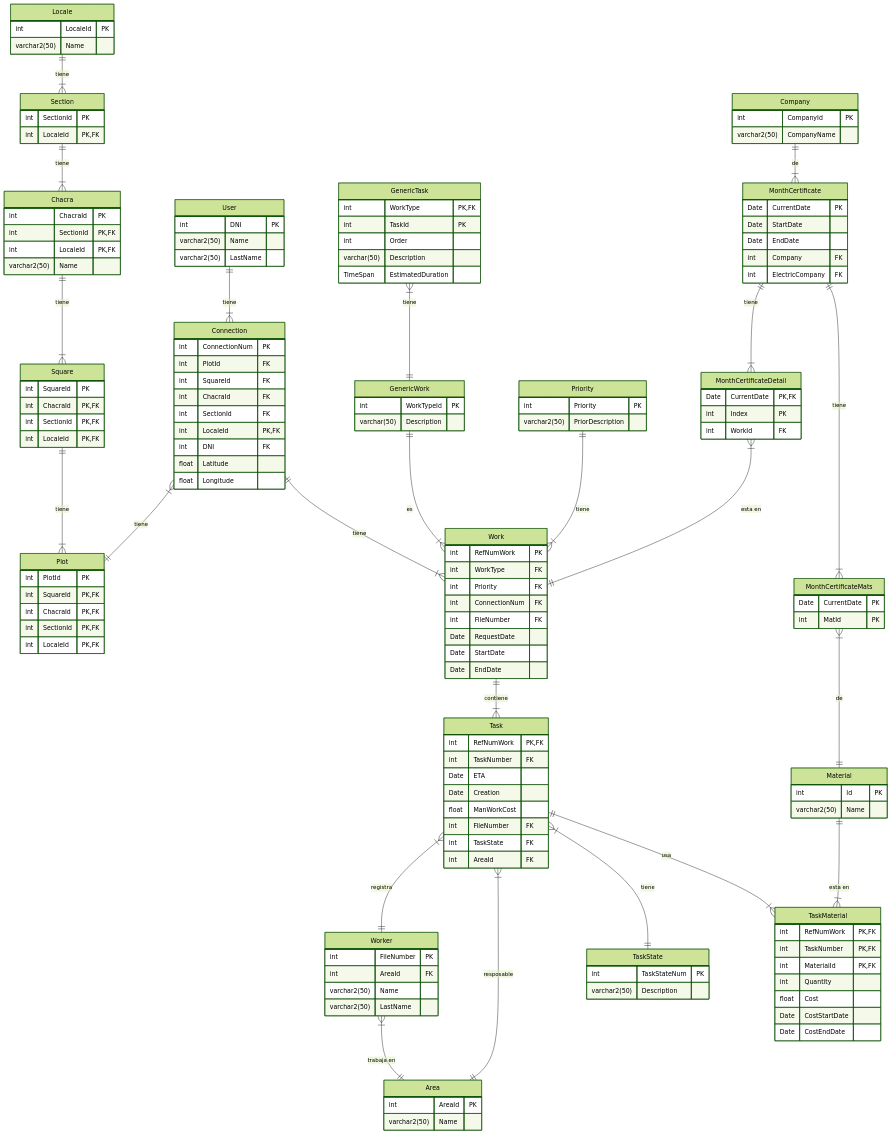
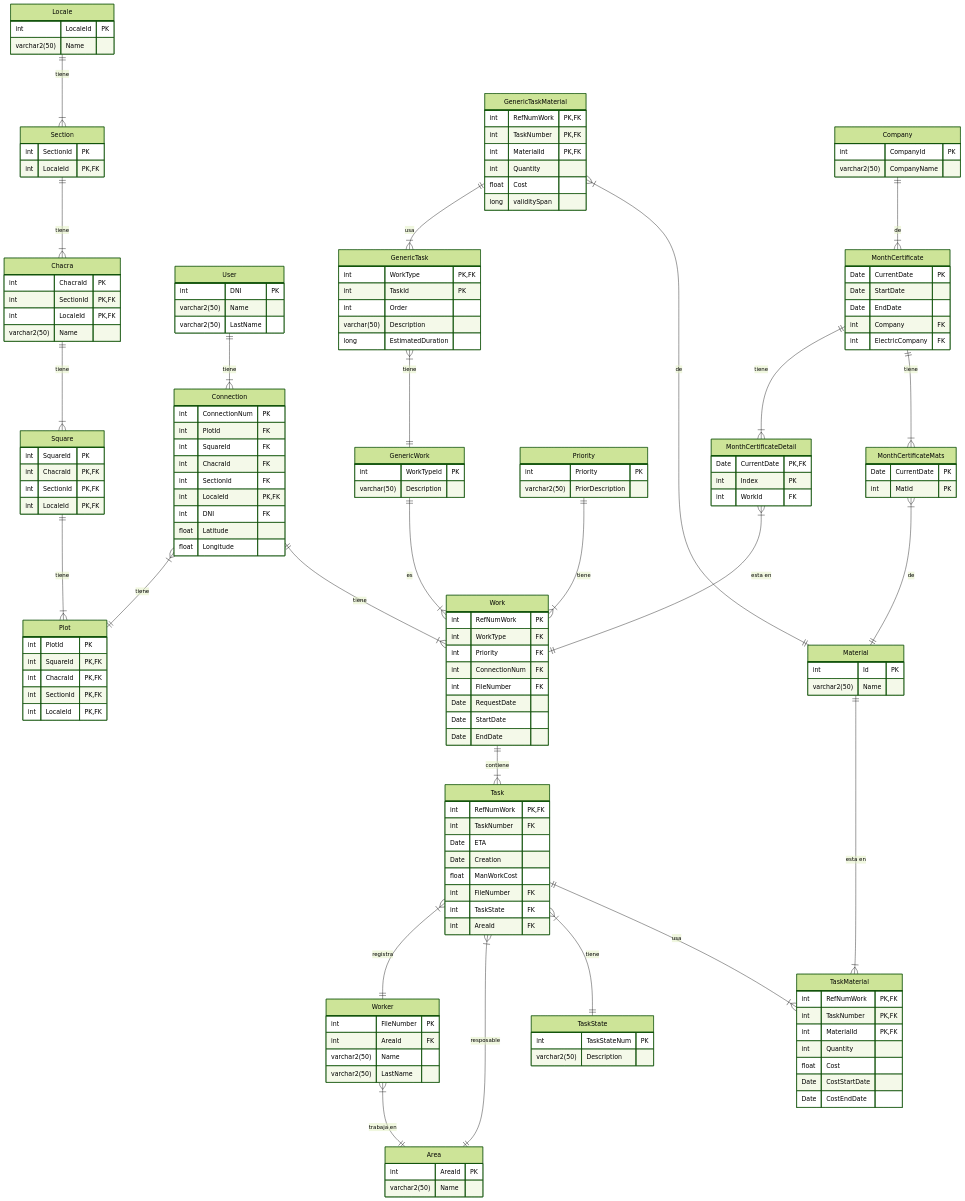
The diagram in docs/DER.md (Oscar-Wohlfarhrt/TBD-2024-TPI), drawn with Mermaid (forest theme) before and after one commit.

````diff
--- a/docs/DER.md
+++ b/docs/DER.md
@@ -67,7 +67,15 @@
 		int TaskId PK
 		int Order
 		varchar(50) Description
-		TimeSpan EstimatedDuration
+		long EstimatedDuration
+	}
+    GenericTaskMaterial{
+        int RefNumWork PK,FK
+        int TaskNumber PK,FK
+        int MaterialId PK,FK
+		int Quantity
+		float Cost
+		long validitySpan
 	}
 	Work{
         int RefNumWork PK
@@ -158,4 +166,6 @@
 
 	GenericWork ||--|{ Work : "es"
 	GenericTask }|--|| GenericWork : "tiene"
+	GenericTaskMaterial ||--|{ GenericTask : "usa"
+    GenericTaskMaterial }|--|| Material : "de"
 ```
````
